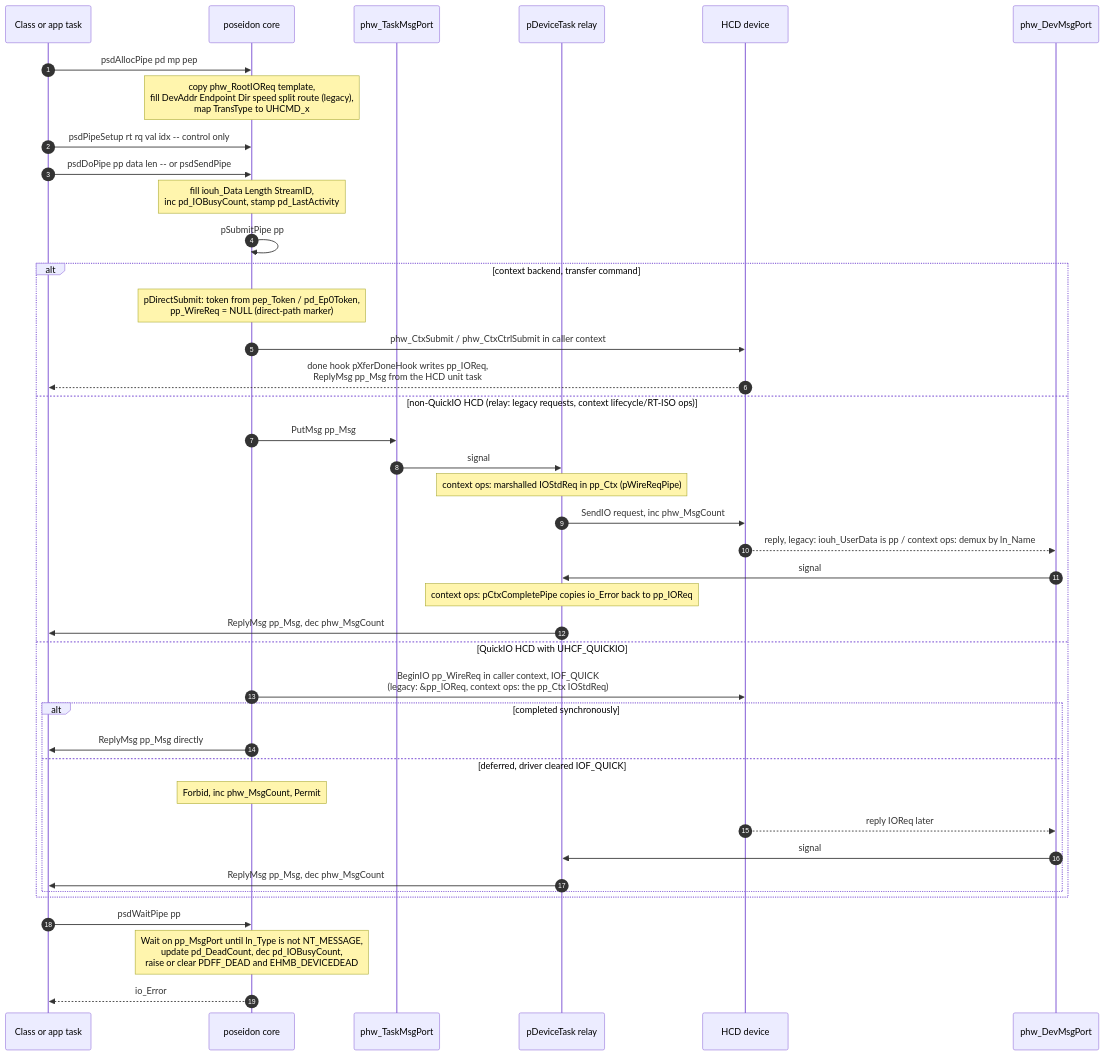
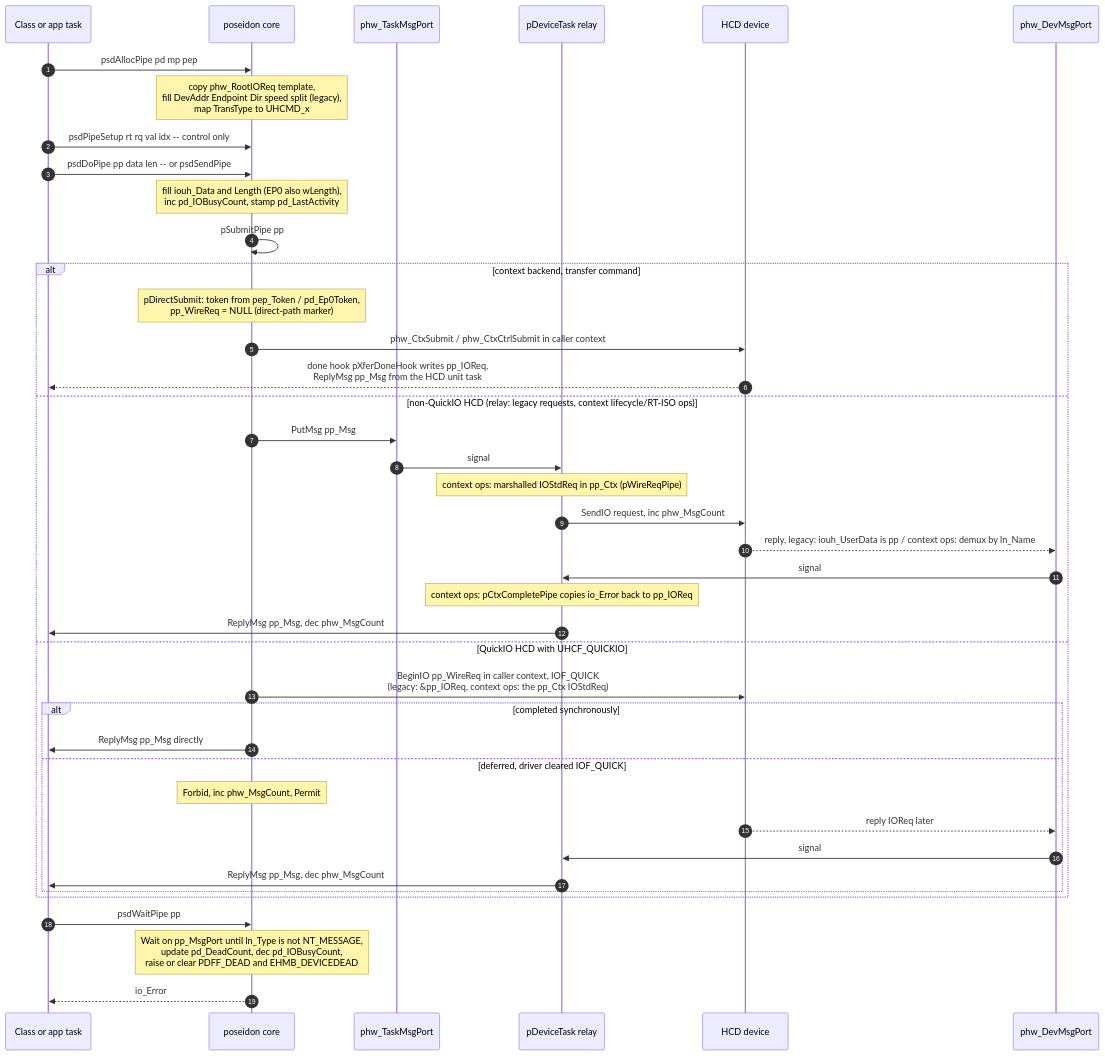
Before and after one commit to rondoval/poseidon-backport: the fifth of 17 diagrams in docs/poseidon.library-architecture.md, drawn with Mermaid. The commit also changed other lines of this file and 7 other files, not shown here.

````diff
--- a/docs/poseidon.library-architecture.md
+++ b/docs/poseidon.library-architecture.md
@@ -365,46 +376,46 @@
 ```mermaid
 sequenceDiagram
     autonumber
     participant C as Class or app task
     participant PS as poseidon core
     participant TP as phw_TaskMsgPort
     participant DT as pDeviceTask relay
     participant HCD as HCD device
     participant DP as phw_DevMsgPort
 
     C->>PS: psdAllocPipe pd mp pep
-    note over PS: copy phw_RootIOReq template,<br/>fill DevAddr Endpoint Dir speed split route (legacy),<br/>map TransType to UHCMD_x
+    note over PS: copy phw_RootIOReq template,<br/>fill DevAddr Endpoint Dir speed split (legacy),<br/>map TransType to UHCMD_x
     C->>PS: psdPipeSetup rt rq val idx -- control only
     C->>PS: psdDoPipe pp data len -- or psdSendPipe
-    note over PS: fill iouh_Data Length StreamID,<br/>inc pd_IOBusyCount, stamp pd_LastActivity
+    note over PS: fill iouh_Data and Length (EP0 also wLength),<br/>inc pd_IOBusyCount, stamp pd_LastActivity
     PS->>PS: pSubmitPipe pp
 
     alt context backend, transfer command
         note over PS: pDirectSubmit: token from pep_Token / pd_Ep0Token,<br/>pp_WireReq = NULL (direct-path marker)
         PS->>HCD: phw_CtxSubmit / phw_CtxCtrlSubmit in caller context
         HCD-->>C: done hook pXferDoneHook writes pp_IOReq,<br/>ReplyMsg pp_Msg from the HCD unit task
     else non-QuickIO HCD (relay: legacy requests, context lifecycle/RT-ISO ops)
         PS->>TP: PutMsg pp_Msg
         TP->>DT: signal
         note over DT: context ops: marshalled IOStdReq in pp_Ctx (pWireReqPipe)
         DT->>HCD: SendIO request, inc phw_MsgCount
         HCD-->>DP: reply, legacy: iouh_UserData is pp / context ops: demux by ln_Name
         DP->>DT: signal
         note over DT: context ops: pCtxCompletePipe copies io_Error back to pp_IOReq
         DT->>C: ReplyMsg pp_Msg, dec phw_MsgCount
     else QuickIO HCD with UHCF_QUICKIO
         PS->>HCD: BeginIO pp_WireReq in caller context, IOF_QUICK<br/>(legacy: &pp_IOReq, context ops: the pp_Ctx IOStdReq)
         alt completed synchronously
             PS->>C: ReplyMsg pp_Msg directly
         else deferred, driver cleared IOF_QUICK
             note over PS: Forbid, inc phw_MsgCount, Permit
             HCD-->>DP: reply IOReq later
             DP->>DT: signal
             DT->>C: ReplyMsg pp_Msg, dec phw_MsgCount
         end
     end
 
     C->>PS: psdWaitPipe pp
     note over PS: Wait on pp_MsgPort until ln_Type is not NT_MESSAGE,<br/>update pd_DeadCount, dec pd_IOBusyCount,<br/>raise or clear PDFF_DEAD and EHMB_DEVICEDEAD
     PS-->>C: io_Error
 ```
````
